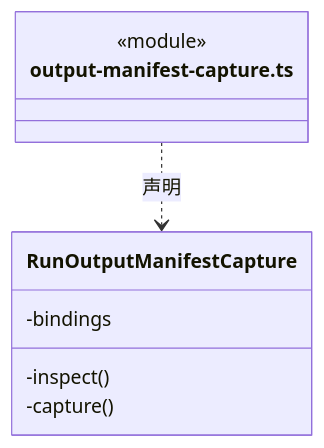
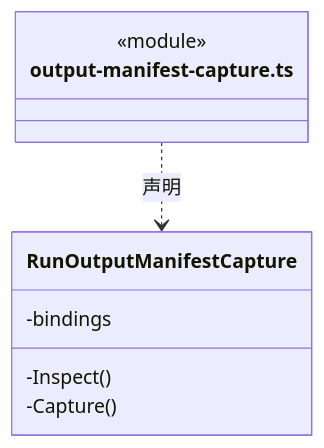
One commit to nan023062/cbim changed the sixth of 18 diagrams in src/logic/execution/rules/capabilities/ARCHITECTURE.md. Above: the diagram before and after it, drawn with Mermaid. The commit also changed other lines of this file and 1035 other files, not shown here.

````diff
--- a/src/logic/execution/rules/capabilities/ARCHITECTURE.md
+++ b/src/logic/execution/rules/capabilities/ARCHITECTURE.md
@@ -163,12 +163,12 @@
 ```mermaid
 classDiagram
 class N_src_logic_execution_rules_capabilities_output_manifest_capture_ts["output-manifest-capture.ts"] {
   <<module>>
 }
 class N_src_logic_execution_rules_capabilities_output_manifest_capture_ts_RunOutputManifestCapture["RunOutputManifestCapture"] {
   -bindings
-  -inspect()
-  -capture()
+  -Inspect()
+  -Capture()
 }
 N_src_logic_execution_rules_capabilities_output_manifest_capture_ts ..> N_src_logic_execution_rules_capabilities_output_manifest_capture_ts_RunOutputManifestCapture : 声明
 ```
````
